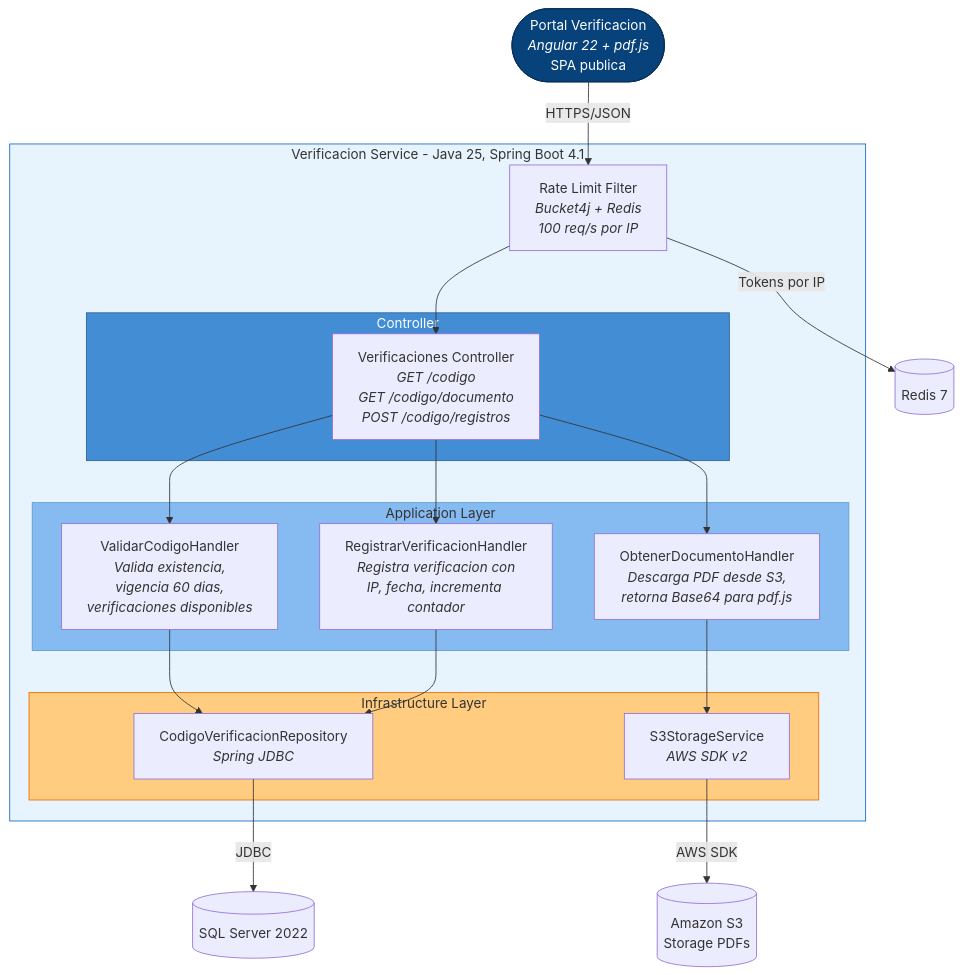
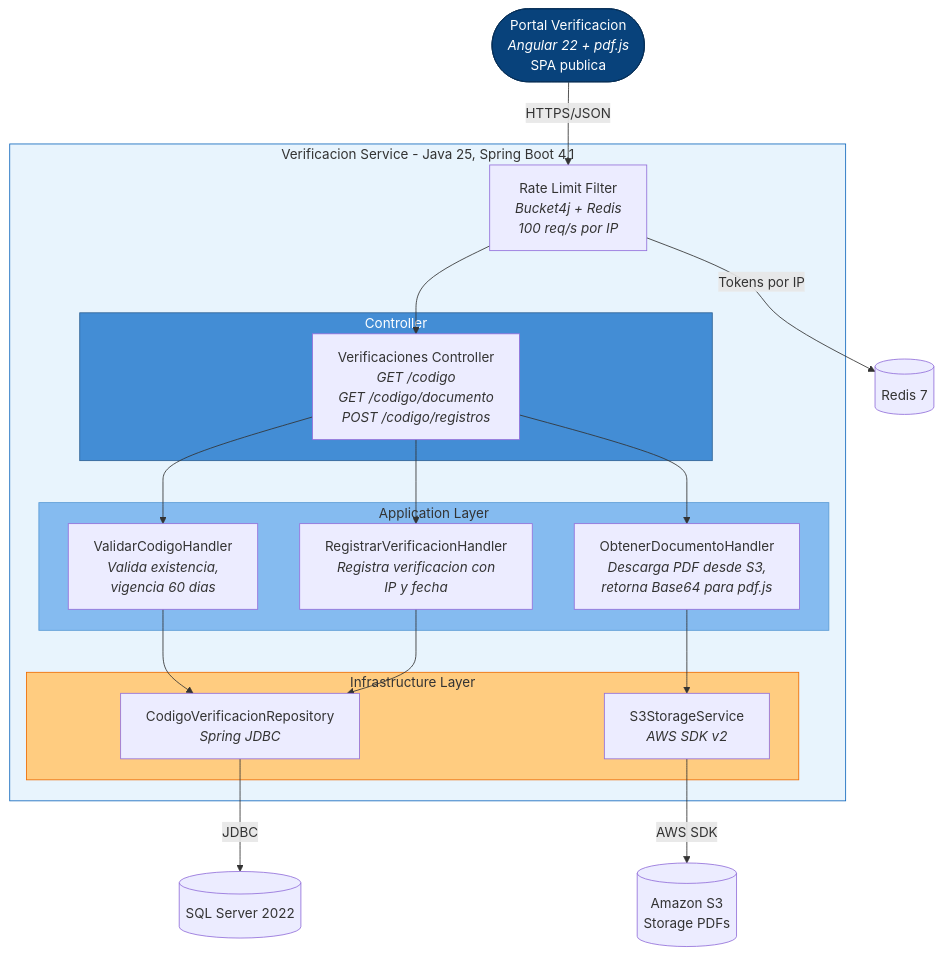
Before and after one commit to LIDR-academy/AI4Devs-finalproject: diagram 11 of 12 in docs/PRD_CERTIFICADOS_ELECTRONICOS.md, drawn with Mermaid. The commit also changed other lines of this file and 72 other files, not shown here.

````diff
--- a/docs/PRD_CERTIFICADOS_ELECTRONICOS.md
+++ b/docs/PRD_CERTIFICADOS_ELECTRONICOS.md
@@ -1215,48 +1224,48 @@
 ```mermaid
 flowchart TB
     portalVerif(["Portal Verificacion<br/><i>Angular 22 + pdf.js</i><br/>SPA publica"])
 
     subgraph verificacion["Verificacion Service - Java 25, Spring Boot 4.1"]
         rateLimiter["Rate Limit Filter<br/><i>Bucket4j + Redis<br/>100 req/s por IP</i>"]
 
         subgraph ctrl3["Controller"]
             verifCtrl["Verificaciones Controller<br/><i>GET /codigo<br/>GET /codigo/documento<br/>POST /codigo/registros</i>"]
         end
 
         subgraph handlers3["Application Layer"]
-            validarHandler["ValidarCodigoHandler<br/><i>Valida existencia,<br/>vigencia 60 dias,<br/>verificaciones disponibles</i>"]
+            validarHandler["ValidarCodigoHandler<br/><i>Valida existencia,<br/>vigencia 60 dias</i>"]
             documentoHandler["ObtenerDocumentoHandler<br/><i>Descarga PDF desde S3,<br/>retorna Base64 para pdf.js</i>"]
-            registroHandler["RegistrarVerificacionHandler<br/><i>Registra verificacion con<br/>IP, fecha, incrementa contador</i>"]
+            registroHandler["RegistrarVerificacionHandler<br/><i>Registra verificacion con<br/>IP y fecha</i>"]
         end
 
         subgraph infra3["Infrastructure Layer"]
             codigoRepo["CodigoVerificacionRepository<br/><i>Spring JDBC</i>"]
             s3Service3["S3StorageService<br/><i>AWS SDK v2</i>"]
         end
     end
 
     sqlServer3[("SQL Server 2022")]
     redis3[("Redis 7")]
     s3store3[("Amazon S3<br/>Storage PDFs")]
 
     portalVerif -- "HTTPS/JSON" --> rateLimiter
     rateLimiter --> verifCtrl
     rateLimiter -- "Tokens por IP" --> redis3
 
     verifCtrl --> validarHandler
     verifCtrl --> documentoHandler
     verifCtrl --> registroHandler
 
     validarHandler --> codigoRepo
     documentoHandler --> s3Service3
     registroHandler --> codigoRepo
 
     codigoRepo -- "JDBC" --> sqlServer3
     s3Service3 -- "AWS SDK" --> s3store3
 
     style verificacion fill:#e8f4fd,stroke:#1168bd
     style ctrl3 fill:#438dd5,stroke:#2e6295,color:#fff
     style handlers3 fill:#85bbf0,stroke:#5a9bd5
     style infra3 fill:#ffcc80,stroke:#ef6c00
     style portalVerif fill:#08427b,stroke:#052e56,color:#fff
 ```
````
